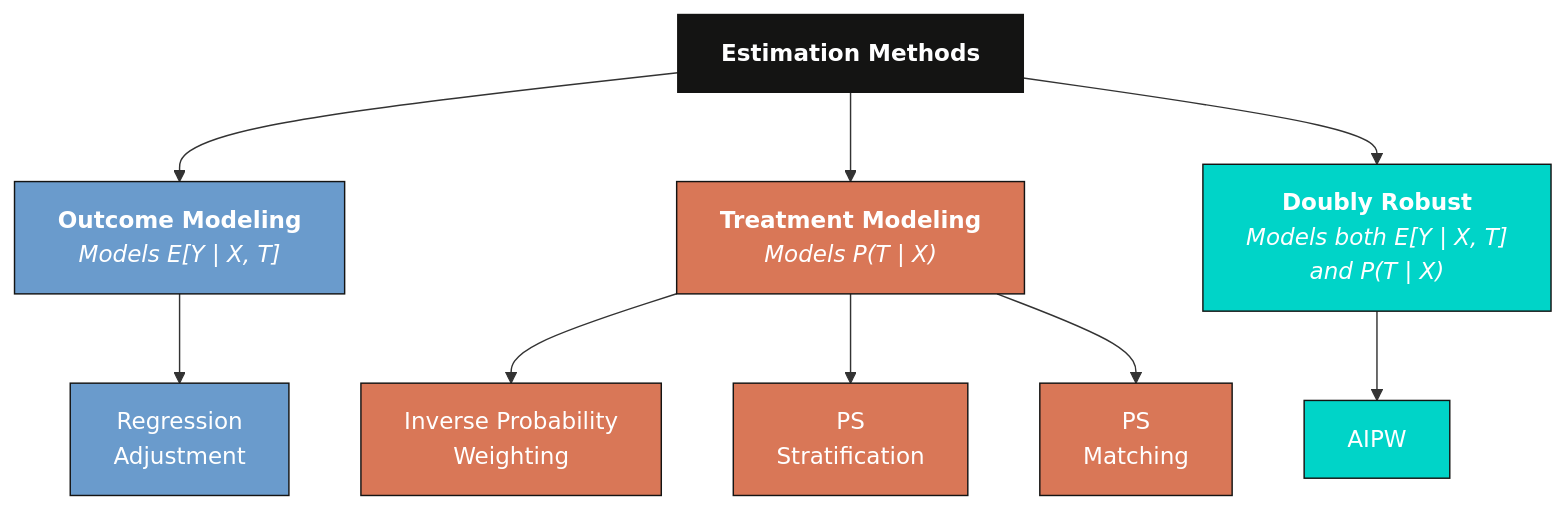
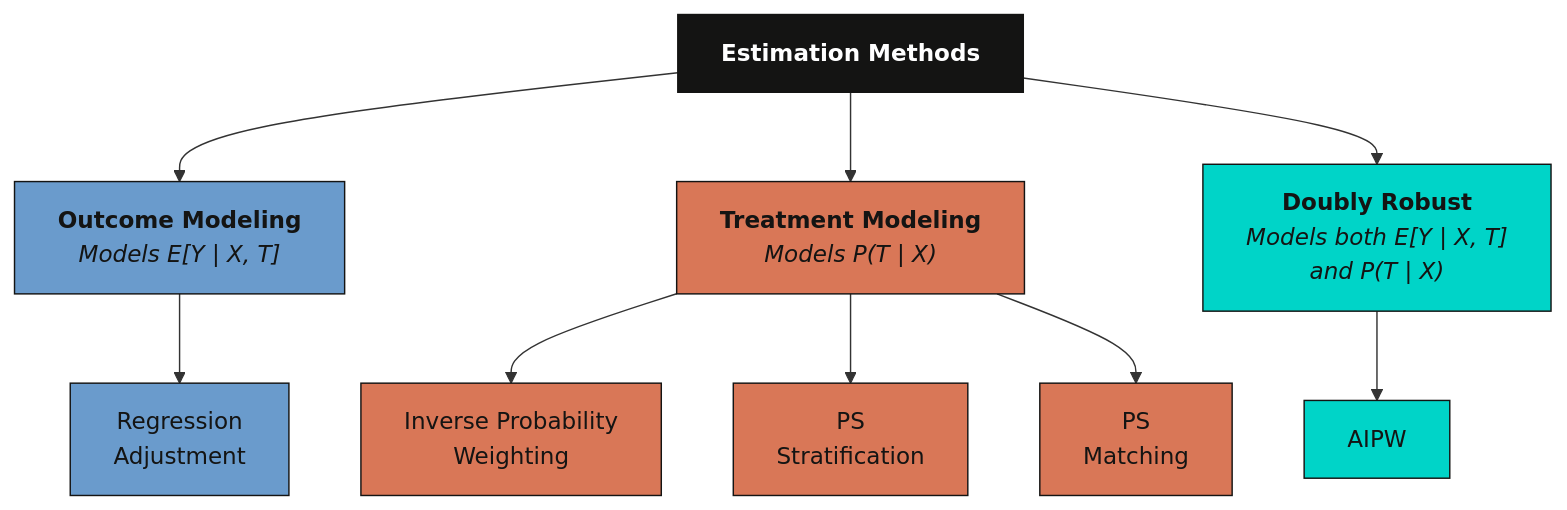
Before and after one commit to cmg777/starter-academic-v501: the fifth of 5 diagrams in content/post/python_dowhy/index.md, drawn with Mermaid. The commit also changed other lines of this file and 67 other files, not shown here.

First line of the commit message:
fix(mermaid): readable diagram text in both themes across the site

````diff
--- a/content/post/python_dowhy/index.md
+++ b/content/post/python_dowhy/index.md
@@ -643,22 +643,22 @@
 ```mermaid
 graph TD
     Root["<b>Estimation Methods</b>"] --> OM["<b>Outcome Modeling</b><br/><i>Models E[Y | X, T]</i>"]
     Root --> TM["<b>Treatment Modeling</b><br/><i>Models P(T | X)</i>"]
     Root --> DR_cat["<b>Doubly Robust</b><br/><i>Models both E[Y | X, T]<br/>and P(T | X)</i>"]
 
     OM --> RA["Regression<br/>Adjustment"]
     TM --> IPW["Inverse Probability<br/>Weighting"]
     TM --> PSS["PS<br/>Stratification"]
     TM --> PSM["PS<br/>Matching"]
     DR_cat --> DR["AIPW"]
 
     style Root fill:#141413,stroke:#141413,color:#fff
-    style OM fill:#6a9bcc,stroke:#141413,color:#fff
-    style TM fill:#d97757,stroke:#141413,color:#fff
-    style DR_cat fill:#00d4c8,stroke:#141413,color:#fff
-    style RA fill:#6a9bcc,stroke:#141413,color:#fff
-    style IPW fill:#d97757,stroke:#141413,color:#fff
-    style PSS fill:#d97757,stroke:#141413,color:#fff
-    style PSM fill:#d97757,stroke:#141413,color:#fff
-    style DR fill:#00d4c8,stroke:#141413,color:#fff
+    style OM fill:#6a9bcc,stroke:#141413,color:#141413
+    style TM fill:#d97757,stroke:#141413,color:#141413
+    style DR_cat fill:#00d4c8,stroke:#141413,color:#141413
+    style RA fill:#6a9bcc,stroke:#141413,color:#141413
+    style IPW fill:#d97757,stroke:#141413,color:#141413
+    style PSS fill:#d97757,stroke:#141413,color:#141413
+    style PSM fill:#d97757,stroke:#141413,color:#141413
+    style DR fill:#00d4c8,stroke:#141413,color:#141413
 ```
````
